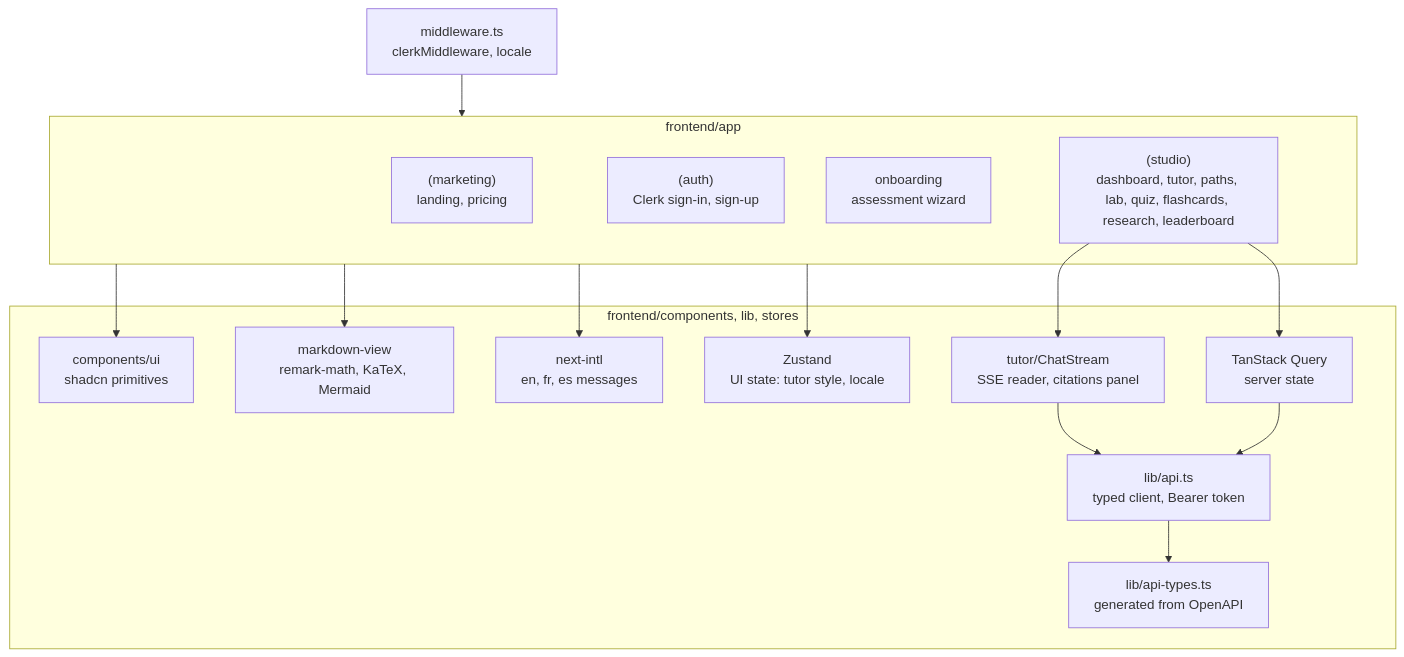
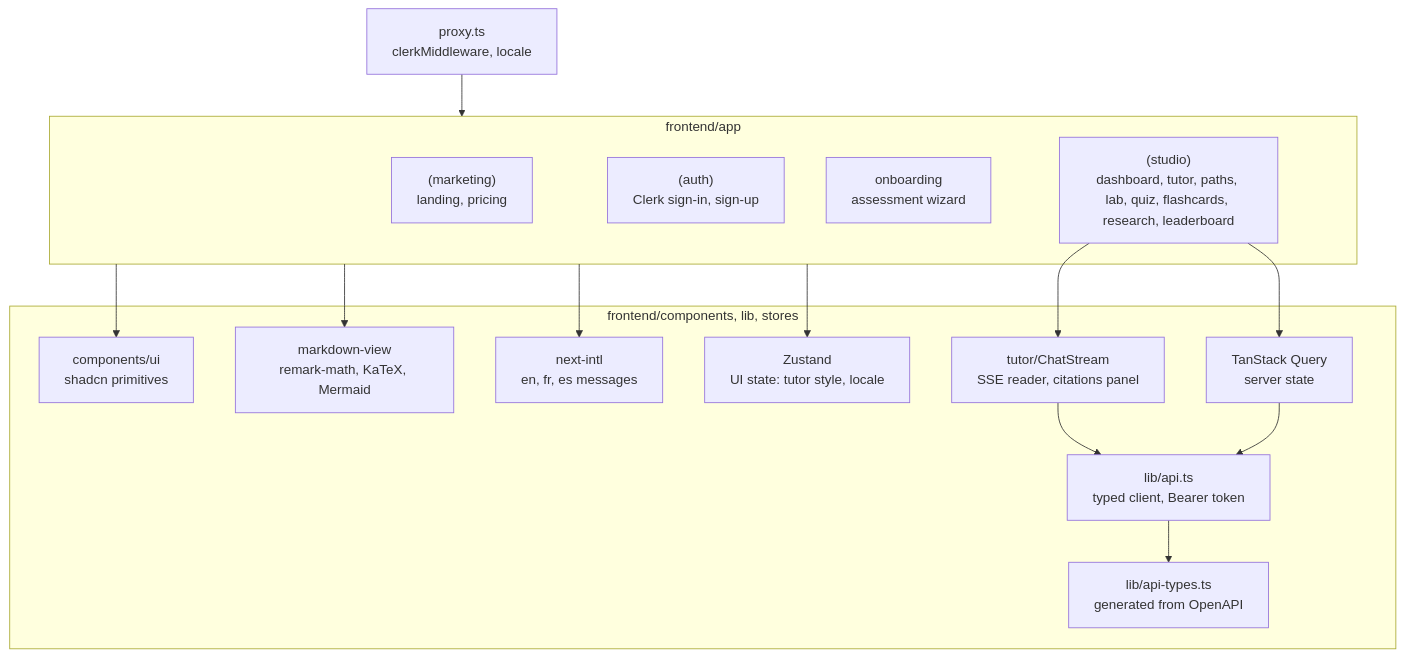
One commit to Nditah/AI-Mentor changed the fifth of 31 diagrams in docs/SystemArchitecture.md. Above: the diagram before and after it, drawn with Mermaid. The commit also changed other lines of this file and 333 other files, not shown here.

````diff
--- a/docs/SystemArchitecture.md
+++ b/docs/SystemArchitecture.md
@@ -386,33 +388,33 @@
 ```mermaid
 flowchart TB
     subgraph AppRouter["frontend/app"]
         MK["(marketing)<br/>landing, pricing"]
         AU["(auth)<br/>Clerk sign-in, sign-up"]
         ON["onboarding<br/>assessment wizard"]
         ST["(studio)<br/>dashboard, tutor, paths, lab, quiz, flashcards, research, leaderboard"]
     end
 
     subgraph Shared["frontend/components, lib, stores"]
         UI["components/ui<br/>shadcn primitives"]
         MD["markdown-view<br/>remark-math, KaTeX, Mermaid"]
         CHAT["tutor/ChatStream<br/>SSE reader, citations panel"]
         API["lib/api.ts<br/>typed client, Bearer token"]
         GEN["lib/api-types.ts<br/>generated from OpenAPI"]
         Q["TanStack Query<br/>server state"]
         Z["Zustand<br/>UI state: tutor style, locale"]
         I18N["next-intl<br/>en, fr, es messages"]
     end
 
-    MW["middleware.ts<br/>clerkMiddleware, locale"]
+    MW["proxy.ts<br/>clerkMiddleware, locale"]
 
     MW --> AppRouter
     ST --> CHAT
     ST --> Q
     Q --> API
     CHAT --> API
     API --> GEN
     AppRouter --> UI
     AppRouter --> MD
     AppRouter --> I18N
     AppRouter --> Z
 ```
````
